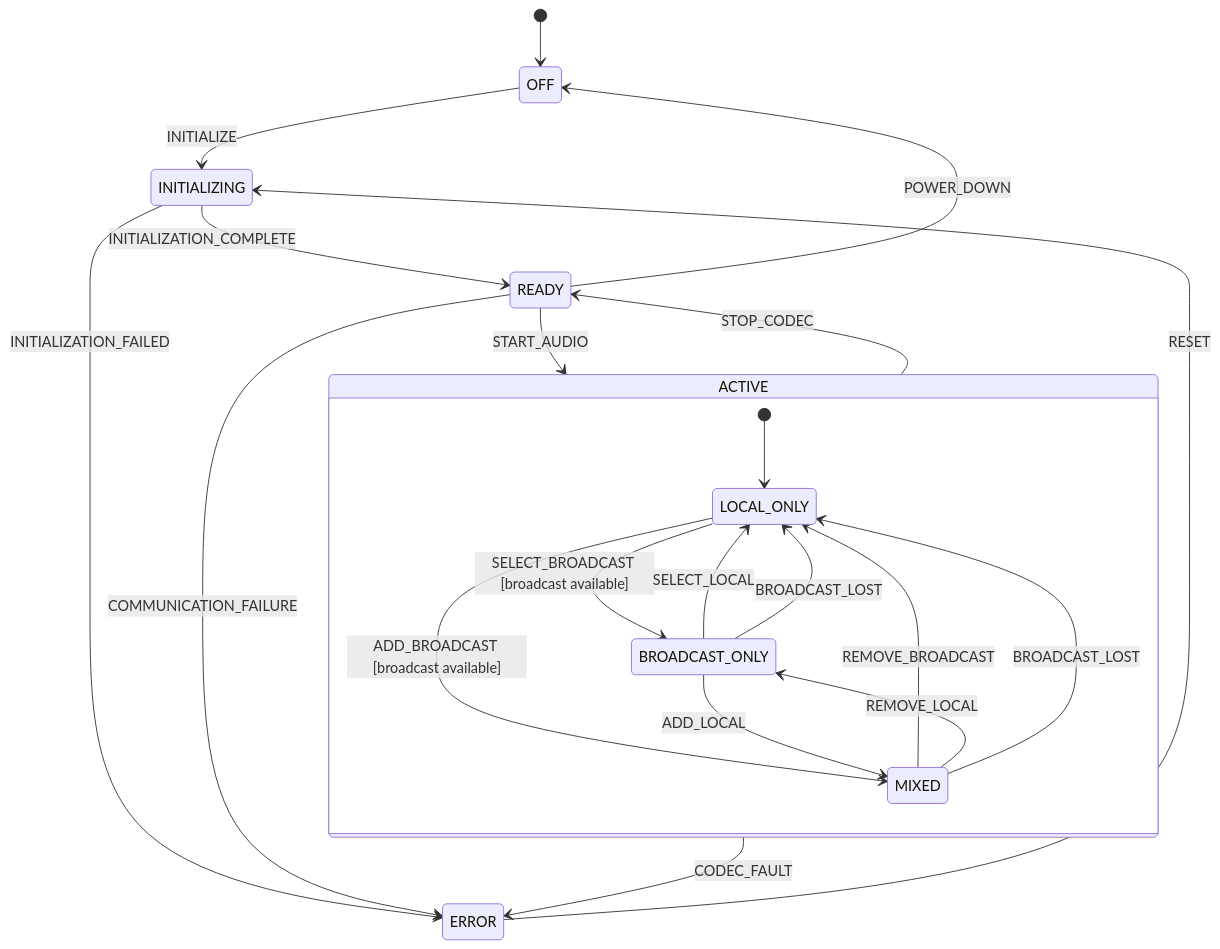
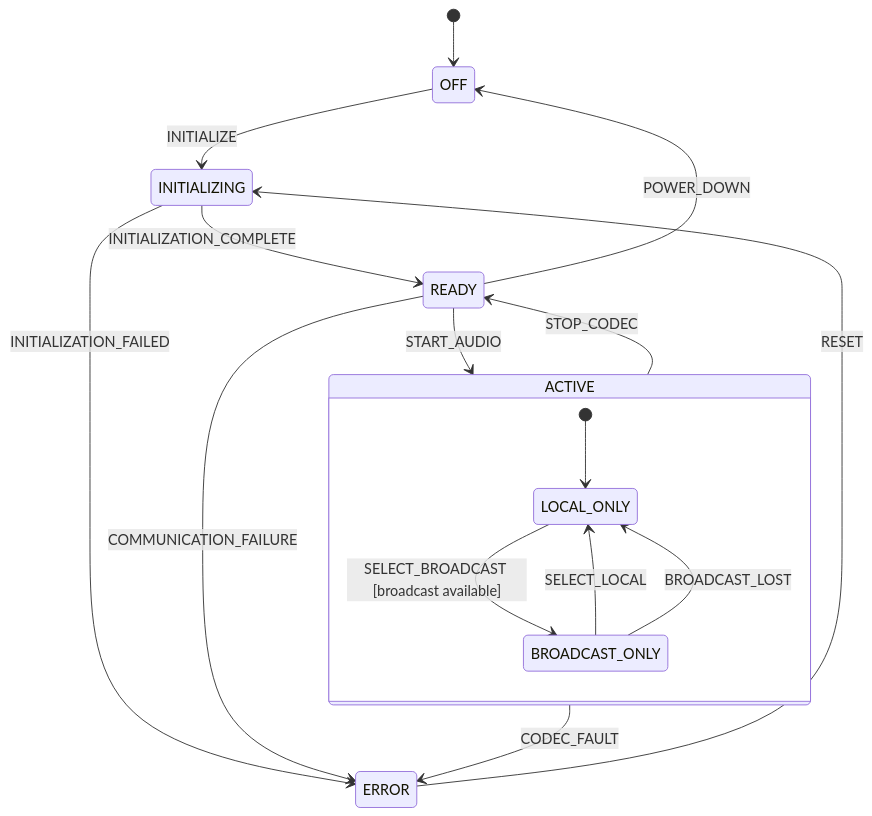
One commit to Matheus-Cavalcanti/tiresias-soak-test changed the fifth of 6 diagrams in docs/architecture/control-plane.md. Above: the diagram before and after it, drawn with Mermaid. The commit also changed other lines of this file and 1 other file, not shown here.

````diff
--- a/docs/architecture/control-plane.md
+++ b/docs/architecture/control-plane.md
@@ -235,28 +239,23 @@
 ```mermaid
 stateDiagram-v2
     [*] --> OFF
     OFF --> INITIALIZING: INITIALIZE
     INITIALIZING --> READY: INITIALIZATION_COMPLETE
     INITIALIZING --> ERROR: INITIALIZATION_FAILED
 
     state ACTIVE {
         [*] --> LOCAL_ONLY
         LOCAL_ONLY --> BROADCAST_ONLY: SELECT_BROADCAST [broadcast available]
-        LOCAL_ONLY --> MIXED: ADD_BROADCAST [broadcast available]
         BROADCAST_ONLY --> LOCAL_ONLY: SELECT_LOCAL
-        BROADCAST_ONLY --> MIXED: ADD_LOCAL
-        MIXED --> LOCAL_ONLY: REMOVE_BROADCAST
-        MIXED --> BROADCAST_ONLY: REMOVE_LOCAL
 
         BROADCAST_ONLY --> LOCAL_ONLY: BROADCAST_LOST
-        MIXED --> LOCAL_ONLY: BROADCAST_LOST
     }
 
     READY --> ACTIVE: START_AUDIO
     ACTIVE --> READY: STOP_CODEC
 
     READY --> OFF: POWER_DOWN
     ACTIVE --> ERROR: CODEC_FAULT
     READY --> ERROR: COMMUNICATION_FAILURE
     ERROR --> INITIALIZING: RESET
 ```
````
